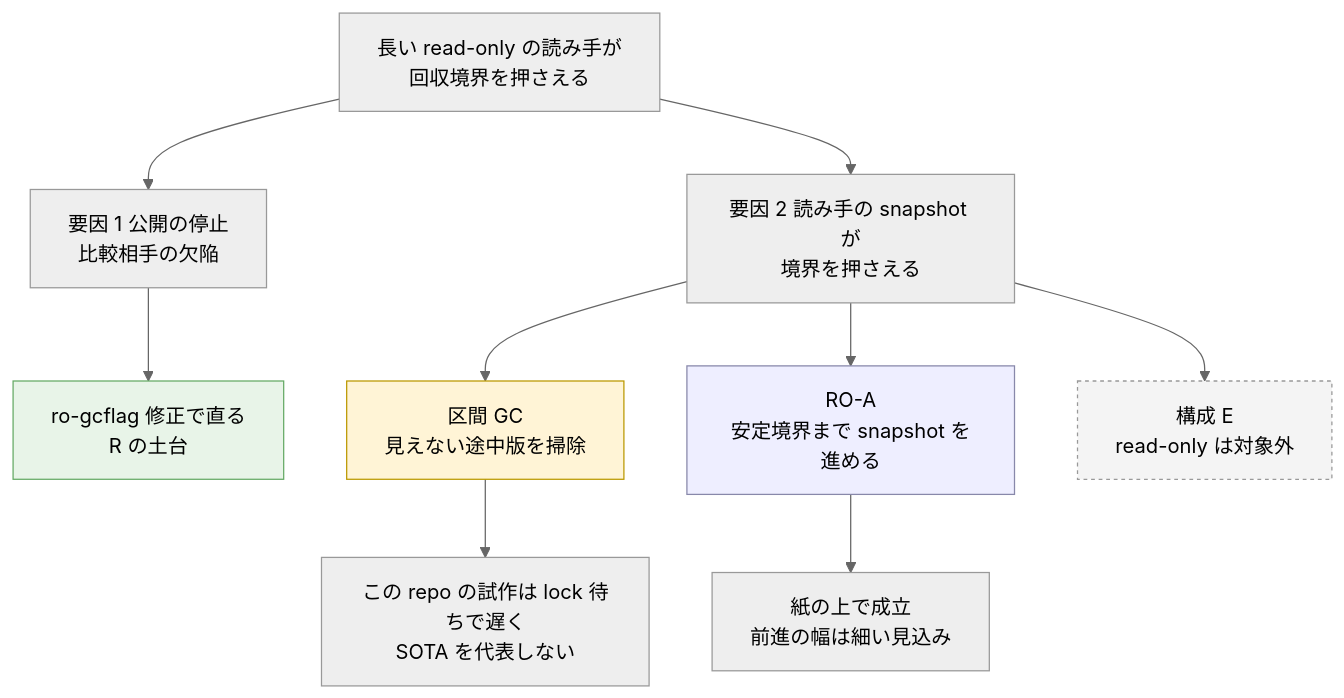
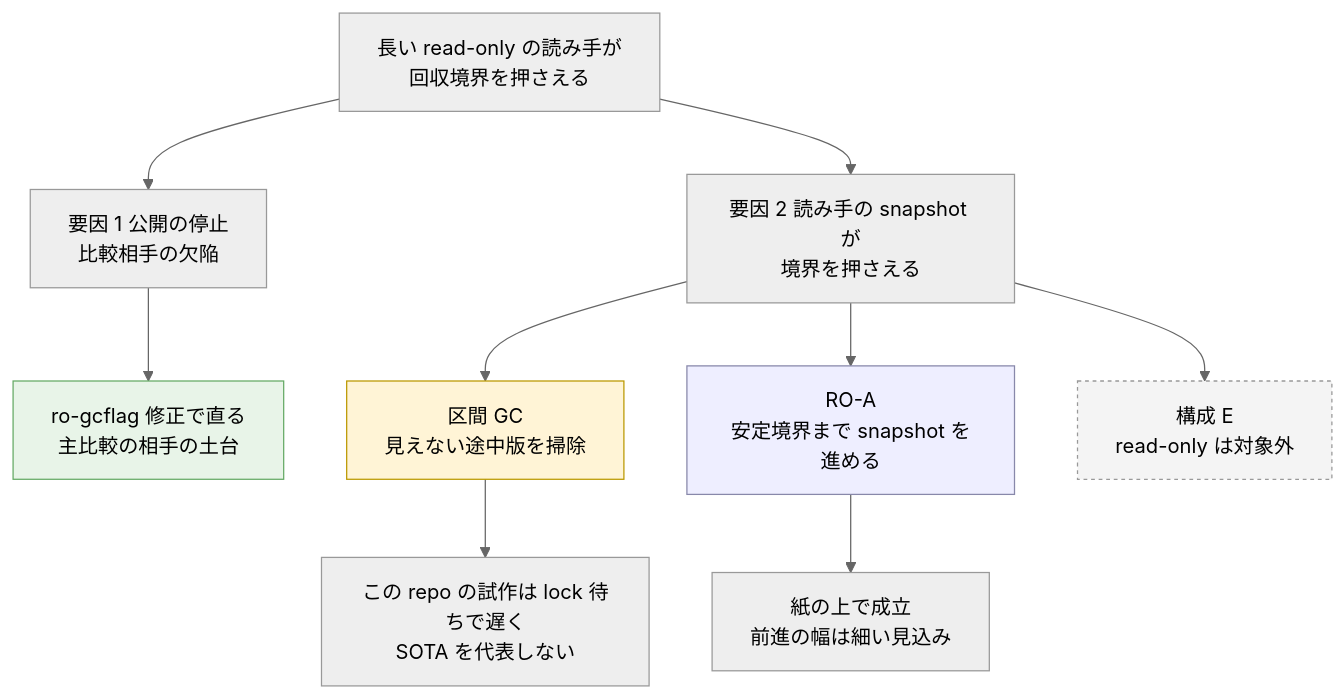
Diagram 26 of 41 in docs/paper-story-vhash/2026-10-01.md (thawk105/izanagi), drawn with Mermaid (neutral theme) before and after one commit. The commit also changed other lines of this file and 4 other files, not shown here.

````diff
--- a/docs/paper-story-vhash/2026-10-01.md
+++ b/docs/paper-story-vhash/2026-10-01.md
@@ -1152,16 +1123,16 @@
 ```mermaid
 flowchart TB
   lr["長い read-only の読み手が<br/>回収境界を押さえる"]
   lr --> c1["要因 1 公開の停止<br/>比較相手の欠陥"]
   lr --> c2["要因 2 読み手の snapshot が<br/>境界を押さえる"]
-  c1 --> fix["ro-gcflag 修正で直る<br/>R の土台"]:::done
+  c1 --> fix["ro-gcflag 修正で直る<br/>主比較の相手の土台"]:::done
   c2 --> igc["区間 GC<br/>見えない途中版を掃除"]:::open
   c2 --> roa["RO-A<br/>安定境界まで snapshot を進める"]:::paper
   c2 --> e["構成 E<br/>read-only は対象外"]:::none
   igc --> igcp["この repo の試作は lock 待ちで遅く<br/>SOTA を代表しない"]
   roa --> roap["紙の上で成立<br/>前進の幅は細い見込み"]
   classDef done fill:#e8f4e8,stroke:#6a6
   classDef open fill:#fff4d6,stroke:#b90
   classDef paper fill:#eef,stroke:#88a
   classDef none fill:#f4f4f4,stroke:#999,stroke-dasharray: 3 3
 ```
````
